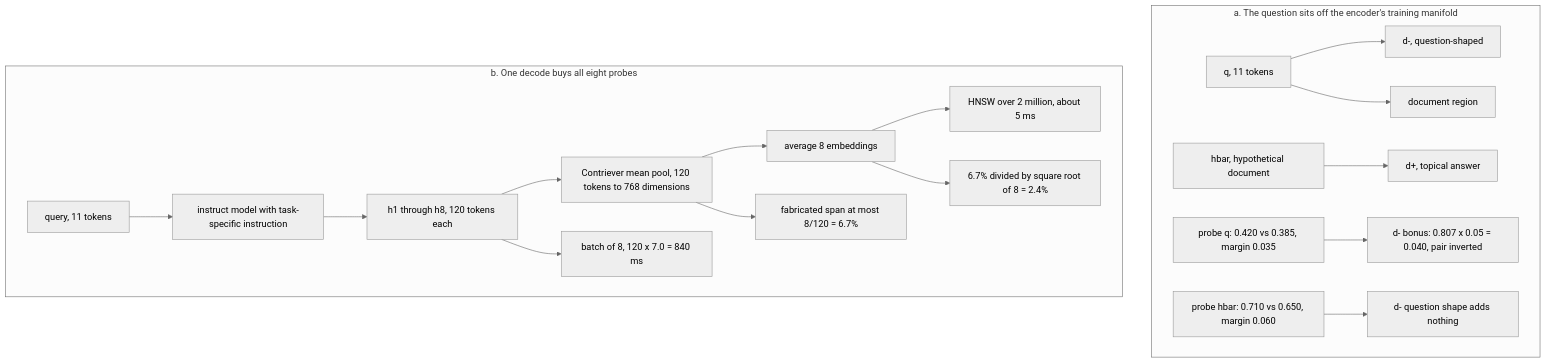
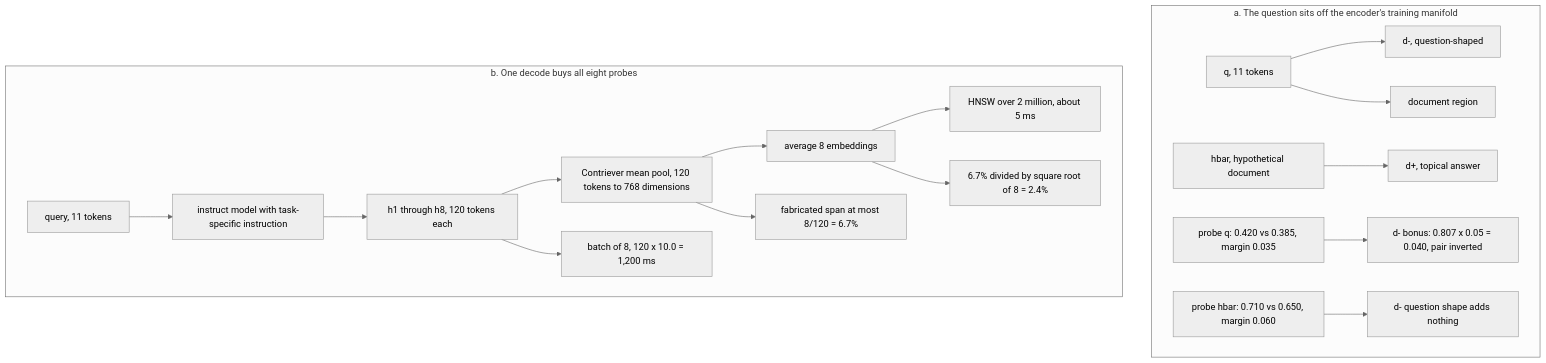
The sixth of 6 diagrams in chapters/24_query_reformulation.md (arunshar/rag-interview-chapters), drawn with Mermaid (neutral theme) before and after one commit. The commit also changed other lines of this file and 132 other files, not shown here.

````diff
--- a/chapters/24_query_reformulation.md
+++ b/chapters/24_query_reformulation.md
@@ -792,17 +792,17 @@
 ```mermaid
 flowchart TB
   subgraph A["a. The question sits off the encoder's training manifold"]
     Q["q, 11 tokens"] --> DM["d-, question-shaped"]
     Q --> DT["document region"]
     H["hbar, hypothetical document"] --> DP["d+, topical answer"]
     N1["probe q: 0.420 vs 0.385, margin 0.035"] --> N2["d- bonus: 0.807 x 0.05 = 0.040, pair inverted"]
     N3["probe hbar: 0.710 vs 0.650, margin 0.060"] --> N4["d- question shape adds nothing"]
   end
   subgraph B["b. One decode buys all eight probes"]
     BQ["query, 11 tokens"] --> BI["instruct model with task-specific instruction"] --> BH["h1 through h8, 120 tokens each"]
     BH --> BC["Contriever mean pool, 120 tokens to 768 dimensions"] --> BA["average 8 embeddings"] --> BS["HNSW over 2 million, about 5 ms"]
-    BH --> BW["batch of 8, 120 x 7.0 = 840 ms"]
+    BH --> BW["batch of 8, 120 x 10.0 = 1,200 ms"]
     BC --> BF["fabricated span at most 8/120 = 6.7%"]
     BA --> BR["6.7% divided by square root of 8 = 2.4%"]
   end
 ```
````
